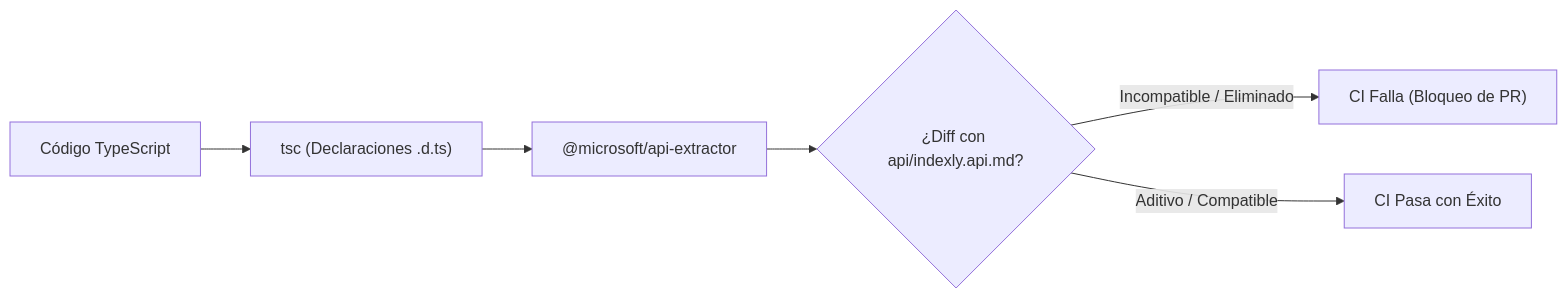
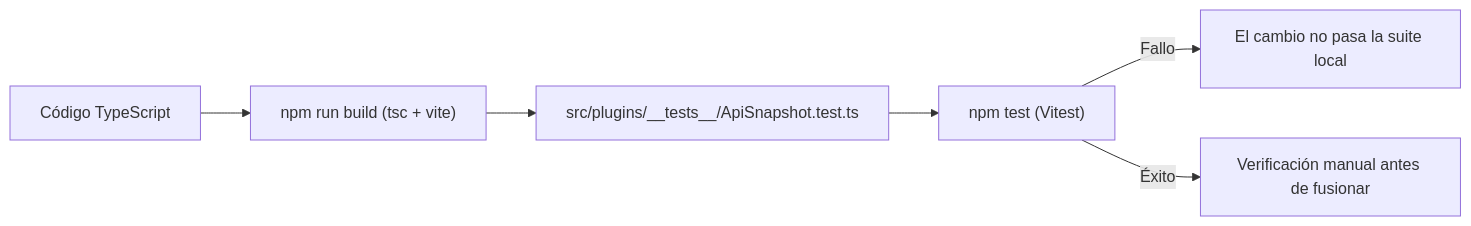
Before and after one commit to daidarzzz/indexlydesktop: the diagram in docs/plugin-api/stability.md, drawn with Mermaid. The commit also changed other lines of this file and 135 other files, not shown here.

````diff
--- a/docs/plugin-api/stability.md
+++ b/docs/plugin-api/stability.md
@@ -29,8 +29,8 @@
 ```mermaid
 graph LR
-    Code["Código TypeScript"] --> Build["tsc (Declaraciones .d.ts)"]
-    Build --> Extractor["@microsoft/api-extractor"]
-    Extractor --> DiffCheck{"¿Diff con api/indexly.api.md?"}
-    DiffCheck -- "Incompatible / Eliminado" --> Fail["CI Falla (Bloqueo de PR)"]
-    DiffCheck -- "Aditivo / Compatible" --> Pass["CI Pasa con Éxito"]
+    Code["Código TypeScript"] --> TSC["npm run build (tsc + vite)"]
+    TSC --> Snapshot["src/plugins/__tests__/ApiSnapshot.test.ts"]
+    Snapshot --> Tests["npm test (Vitest)"]
+    Tests -- "Fallo" --> Fail["El cambio no pasa la suite local"]
+    Tests -- "Éxito" --> Pass["Verificación manual antes de fusionar"]
 ```
````
